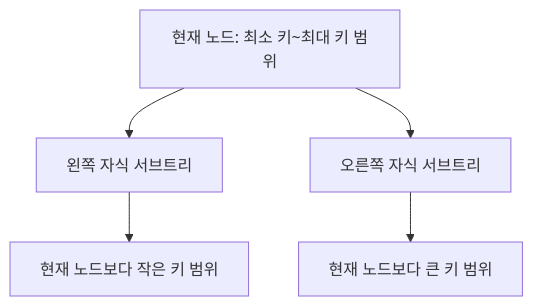
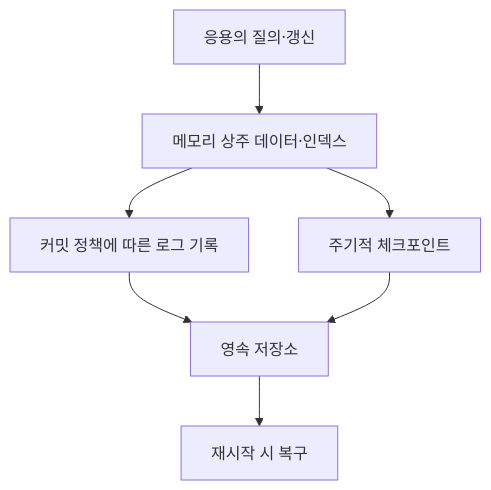
One commit to agnusdei1207/study changed the second of 3 diagrams in src/content/docs/notes/itpe/03-data/160_mmdbms.md. Above: the diagram before and after it, drawn with Mermaid. The commit also changed other lines of this file, not shown here.

````diff
--- a/src/content/docs/notes/itpe/03-data/160_mmdbms.md
+++ b/src/content/docs/notes/itpe/03-data/160_mmdbms.md
@@ -130,7 +91,9 @@
 ```mermaid
-flowchart TD
-    A[현재 노드: 최소 키~최대 키 범위] --> B[왼쪽 자식 서브트리]
-    A --> C[오른쪽 자식 서브트리]
-    B --> D[현재 노드보다 작은 키 범위]
-    C --> E[현재 노드보다 큰 키 범위]
+flowchart TB
+    A[응용의 질의·갱신] --> B[메모리 상주 데이터·인덱스]
+    B --> C[커밋 정책에 따른 로그 기록]
+    B --> D[주기적 체크포인트]
+    C --> E[영속 저장소]
+    D --> E
+    E --> F[재시작 시 복구]
 ```
````
